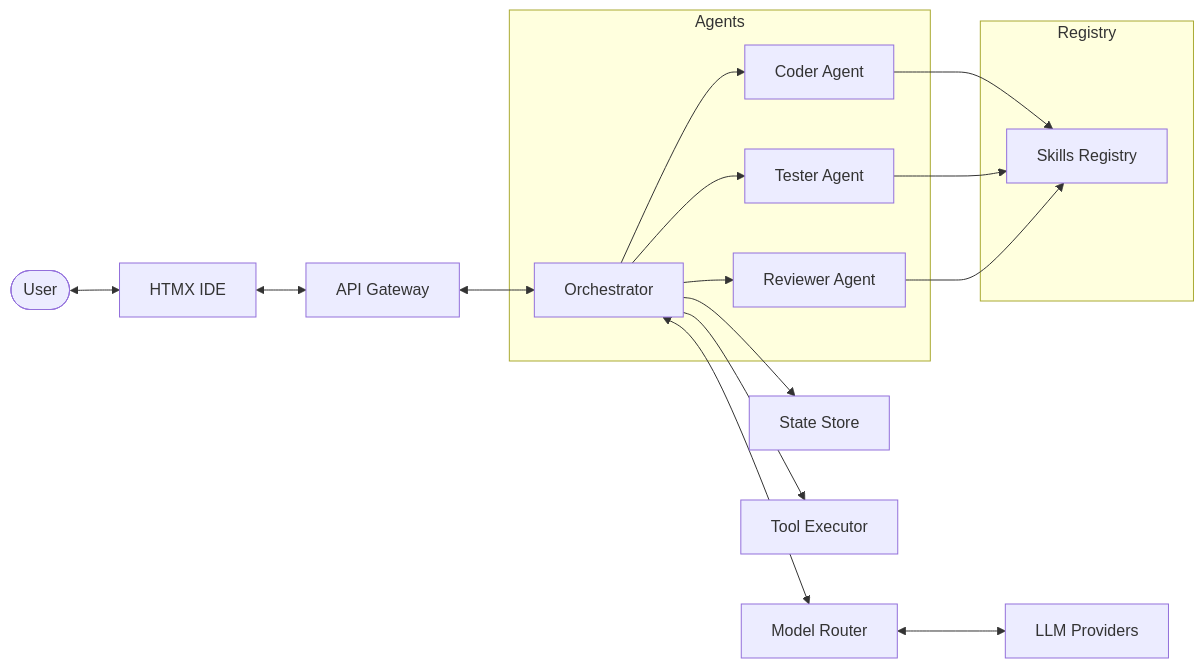
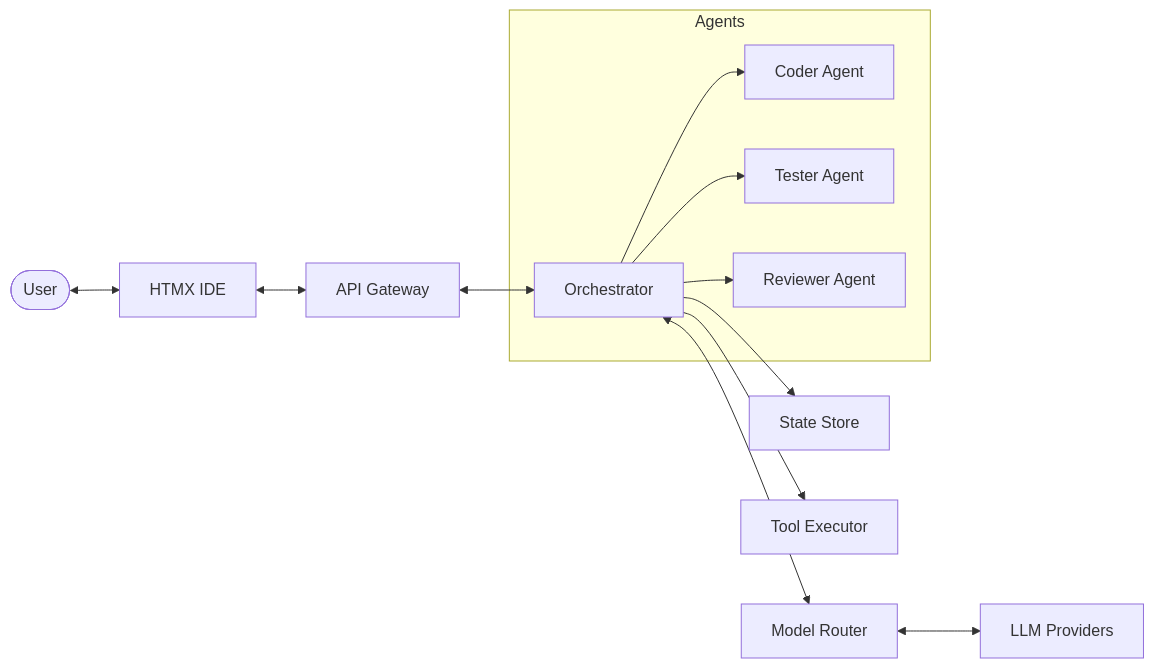
Before and after one commit to nanaki-93/mini-orca: the diagram in README.md, drawn with Mermaid. The commit also changed other lines of this file and 26 other files, not shown here.

````diff
--- a/README.md
+++ b/README.md
@@ -21,23 +22,17 @@
 ```mermaid
 graph LR
     User([User]) <--> UI[HTMX IDE]
     UI <--> API[API Gateway]
     API <--> Orchestrator[Orchestrator]
     Orchestrator <--> Router[Model Router]
     Router <--> Providers[LLM Providers]
     
     subgraph Agents
         Orchestrator --> Coder[Coder Agent]
         Orchestrator --> Tester[Tester Agent]
         Orchestrator --> Reviewer[Reviewer Agent]
     end
     
-    subgraph Registry
-        Coder --> Skills[Skills Registry]
-        Tester --> Skills
-        Reviewer --> Skills
-    end
-    
     Orchestrator --> State[State Store]
     Orchestrator --> Executor[Tool Executor]
 ```
````
